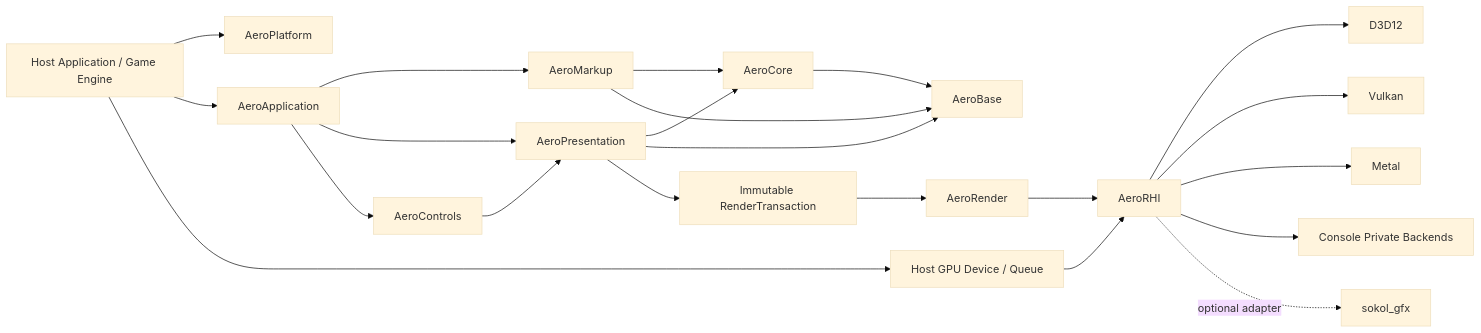
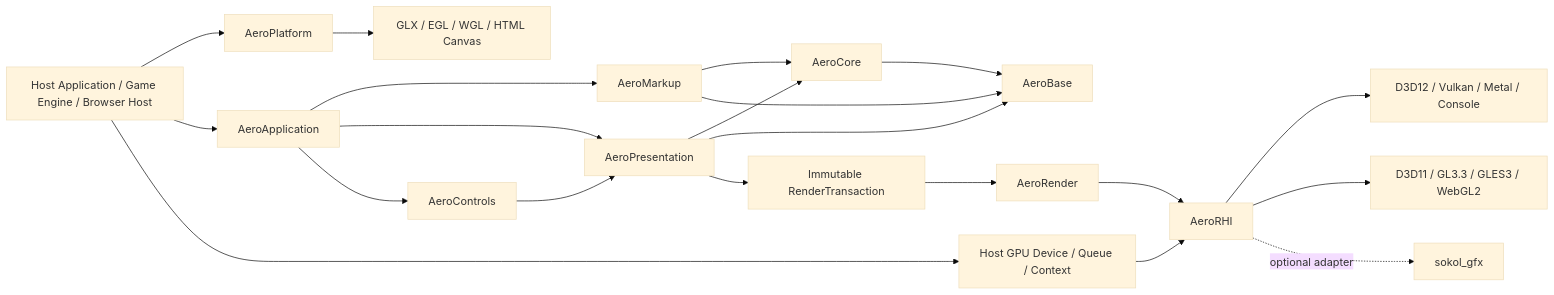
One commit to smithw2055-rgb/AeroGUI changed the diagram in README.md. Above: the diagram before and after it, drawn with Mermaid (base theme). The commit also changed other lines of this file, not shown here.

Commit message:
Add D3D11 OpenGL GLX and WebGL2 support

````diff
--- a/README.md
+++ b/README.md
@@ -70,29 +80,29 @@
 ```mermaid
 flowchart LR
-    Host[Host Application / Game Engine] --> Platform[AeroPlatform]
+    Host[Host Application / Game Engine / Browser Host] --> Platform[AeroPlatform]
     Host --> App[AeroApplication]
-    Host --> Device[Host GPU Device / Queue]
+    Host --> Device[Host GPU Device / Queue / Context]
 
     App --> Markup[AeroMarkup]
     App --> Presentation[AeroPresentation]
     App --> Controls[AeroControls]
 
     Markup --> Core[AeroCore]
     Presentation --> Core
     Controls --> Presentation
 
     Core --> Base[AeroBase]
     Markup --> Base
     Presentation --> Base
 
     Presentation --> Tx[Immutable RenderTransaction]
     Tx --> Render[AeroRender]
     Render --> RHI[AeroRHI]
     Device --> RHI
 
-    RHI --> D3D12[D3D12]
-    RHI --> Vulkan[Vulkan]
-    RHI --> Metal[Metal]
-    RHI --> Console[Console Private Backends]
+    RHI --> Modern[D3D12 / Vulkan / Metal / Console]
+    RHI --> Compat[D3D11 / GL3.3 / GLES3 / WebGL2]
     RHI -. optional adapter .-> Sokol[sokol_gfx]
+
+    Platform --> Surface[GLX / EGL / WGL / HTML Canvas]
 ```
````
